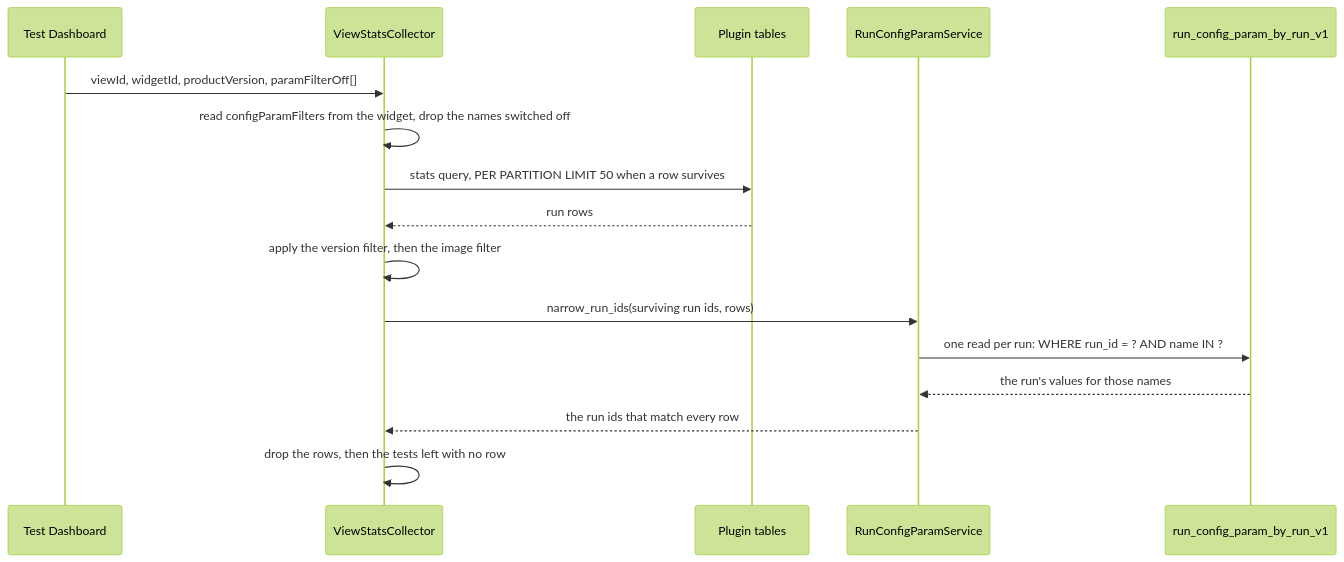
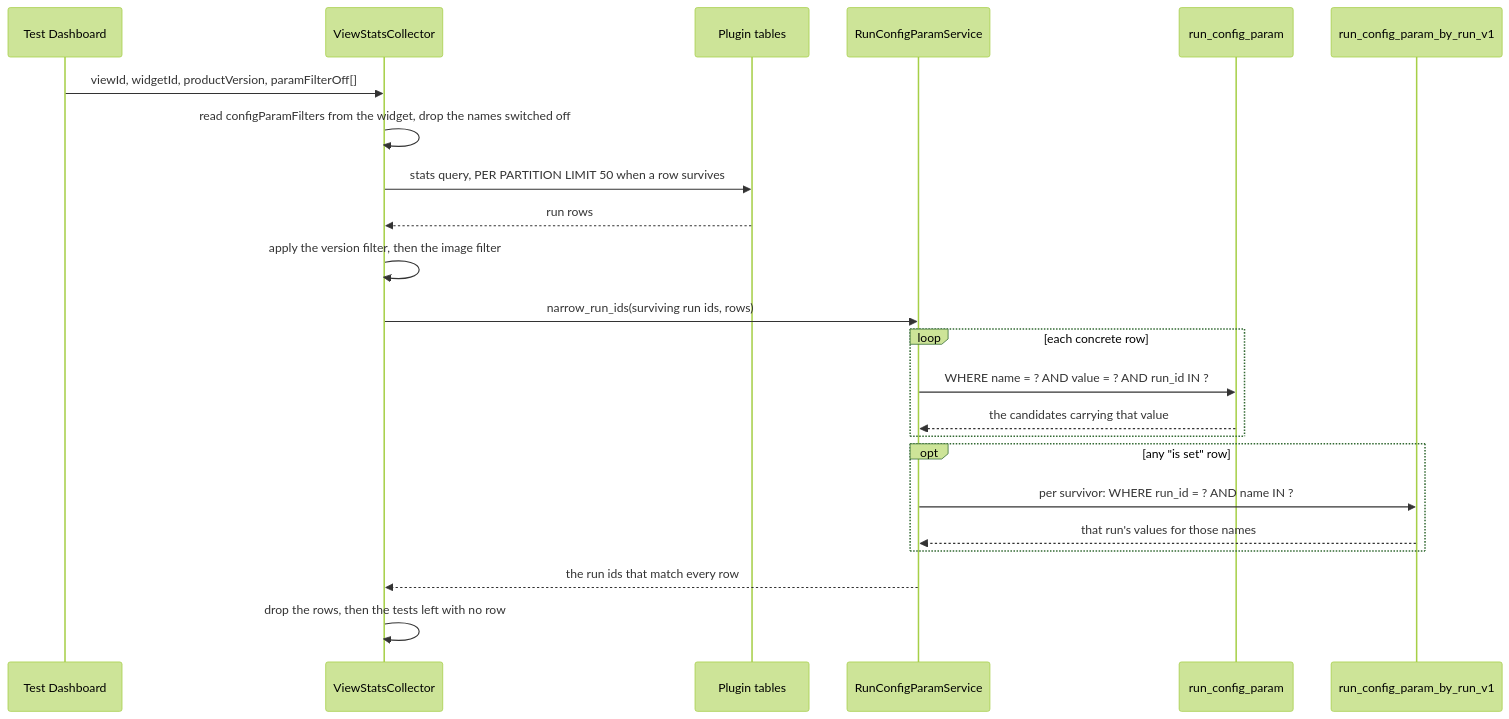
One commit to scylladb/argus changed the third of 3 diagrams in tasks/ARGUS-157/spec.md. Above: the diagram before and after it, drawn with Mermaid (forest theme). The commit also changed other lines of this file, not shown here.

First line of the commit message:
docs(tasks): show how each config param table is read

````diff
--- a/tasks/ARGUS-157/spec.md
+++ b/tasks/ARGUS-157/spec.md
@@ -66,19 +99,26 @@
 ```mermaid
 sequenceDiagram
     participant D as Test Dashboard
     participant C as ViewStatsCollector
     participant P as Plugin tables
     participant S as RunConfigParamService
+    participant L as run_config_param
     participant B as run_config_param_by_run_v1
 
     D->>C: viewId, widgetId, productVersion, paramFilterOff[]
     C->>C: read configParamFilters from the widget, drop the names switched off
     C->>P: stats query, PER PARTITION LIMIT 50 when a row survives
     P-->>C: run rows
     C->>C: apply the version filter, then the image filter
     C->>S: narrow_run_ids(surviving run ids, rows)
-    S->>B: one read per run: WHERE run_id = ? AND name IN ?
-    B-->>S: the run's values for those names
+    loop each concrete row
+        S->>L: WHERE name = ? AND value = ? AND run_id IN ?
+        L-->>S: the candidates carrying that value
+    end
+    opt any "is set" row
+        S->>B: per survivor: WHERE run_id = ? AND name IN ?
+        B-->>S: that run's values for those names
+    end
     S-->>C: the run ids that match every row
     C->>C: drop the rows, then the tests left with no row
 ```
````
